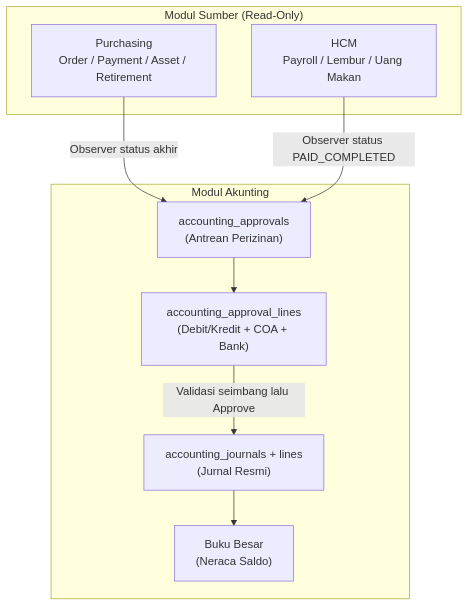
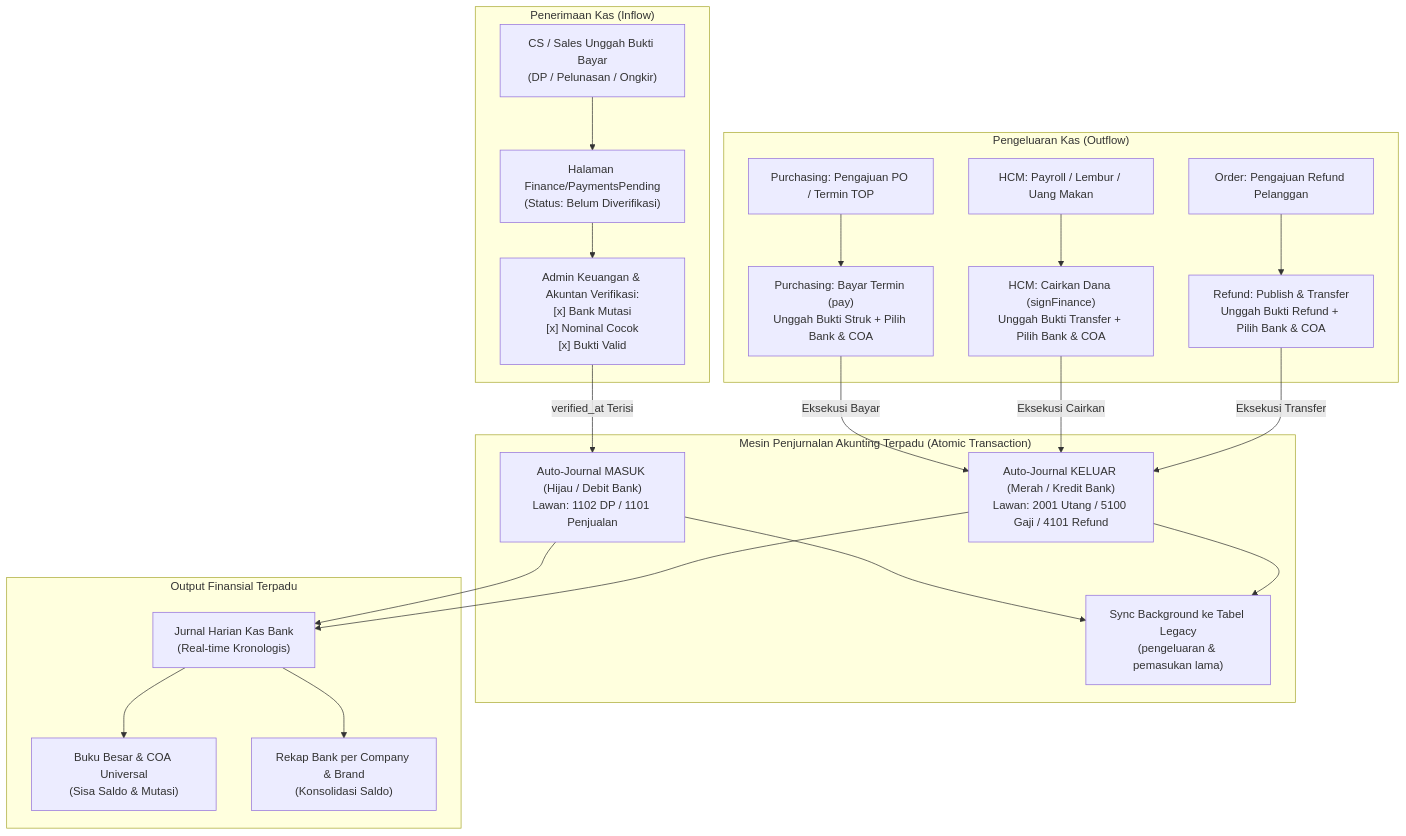
The diagram in plan/PLAN_AKUNTING.md (Msb-biz-Id/nisreportupadate), drawn with Mermaid before and after one commit. The commit also changed other lines of this file, not shown here.

Commit message:
docs(accounting): update plan with 47 official COA, tax report specs, and purchasing proof links

````diff
--- a/plan/PLAN_AKUNTING.md
+++ b/plan/PLAN_AKUNTING.md
@@ -166,20 +499,48 @@
 ```mermaid
 flowchart TD
-    subgraph Sumber["Modul Sumber (Read-Only)"]
-        PO["Purchasing\nOrder / Payment / Asset / Retirement"]
-        HCM["HCM\nPayroll / Lembur / Uang Makan"]
+    subgraph Inflow["Penerimaan Kas (Inflow)"]
+        OP_INPUT["CS / Sales Unggah Bukti Bayar\n(DP / Pelunasan / Ongkir)"]
+        PENDING_QUEUE["Halaman Finance/PaymentsPending\n(Status: Belum Diverifikasi)"]
+        VERIFY_3["Admin Keuangan & Akuntan Verifikasi:\n[x] Bank Mutasi\n[x] Nominal Cocok\n[x] Bukti Valid"]
+        OP_INPUT --> PENDING_QUEUE --> VERIFY_3
     end
 
-    subgraph Akunting["Modul Akunting"]
-        Queue["accounting_approvals\n(Antrean Perizinan)"]
-        Lines["accounting_approval_lines\n(Debit/Kredit + COA + Bank)"]
-        Journal["accounting_journals + lines\n(Jurnal Resmi)"]
-        Ledger["Buku Besar\n(Neraca Saldo)"]
+    subgraph Outflow["Pengeluaran Kas (Outflow)"]
+        PO_SUBMIT["Purchasing: Pengajuan PO / Termin TOP"]
+        HCM_SUBMIT["HCM: Payroll / Lembur / Uang Makan"]
+        REFUND_SUBMIT["Order: Pengajuan Refund Pelanggan"]
+        
+        PAY_PO["Purchasing: Bayar Termin (pay)\nUnggah Bukti Struk + Pilih Bank & COA"]
+        SIGN_HCM["HCM: Cairkan Dana (signFinance)\nUnggah Bukti Transfer + Pilih Bank & COA"]
+        PUB_REFUND["Refund: Publish & Transfer\nUnggah Bukti Refund + Pilih Bank & COA"]
+        
+        PO_SUBMIT --> PAY_PO
+        HCM_SUBMIT --> SIGN_HCM
+        REFUND_SUBMIT --> PUB_REFUND
     end
 
-    PO -->|Observer status akhir| Queue
-    HCM -->|Observer status PAID_COMPLETED| Queue
-    Queue --> Lines
-    Lines -->|Validasi seimbang lalu Approve| Journal
-    Journal --> Ledger
+    subgraph Engine["Mesin Penjurnalan Akunting Terpadu (Atomic Transaction)"]
+        JRN_IN["Auto-Journal MASUK (Hijau / Debit Bank)\nLawan: 1102 DP / 1101 Penjualan"]
+        JRN_OUT["Auto-Journal KELUAR (Merah / Kredit Bank)\nLawan: 2001 Utang / 5100 Gaji / 4101 Refund"]
+        LEGACY_SYNC["Sync Background ke Tabel Legacy\n(pengeluaran & pemasukan lama)"]
+    end
+
+    subgraph Output["Output Finansial Terpadu"]
+        JH["Jurnal Harian Kas Bank\n(Real-time Kronologis)"]
+        BB["Buku Besar & COA Universal\n(Sisa Saldo & Mutasi)"]
+        REKAP["Rekap Bank per Company & Brand\n(Konsolidasi Saldo)"]
+    end
+
+    VERIFY_3 -->|verified_at Terisi| JRN_IN
+    PAY_PO -->|Eksekusi Bayar| JRN_OUT
+    SIGN_HCM -->|Eksekusi Cairkan| JRN_OUT
+    PUB_REFUND -->|Eksekusi Transfer| JRN_OUT
+
+    JRN_IN --> LEGACY_SYNC
+    JRN_OUT --> LEGACY_SYNC
+
+    JRN_IN --> JH
+    JRN_OUT --> JH
+    JH --> BB
+    JH --> REKAP
 ```
````
